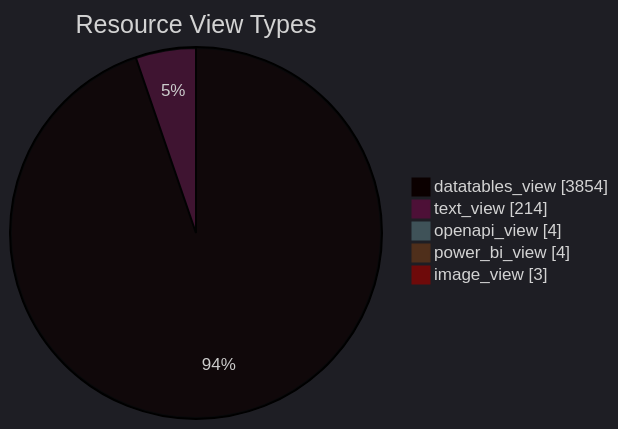
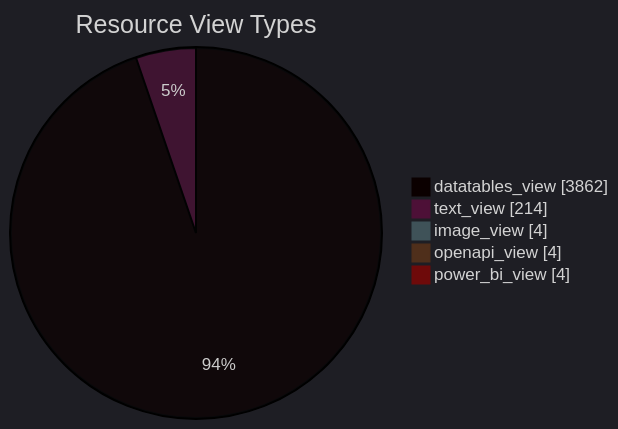
The diagram in datastore_tracker/resource_view_types_pie_chart.md (open-data/analytics-corporate-reporting), drawn with Mermaid before and after one commit. The commit also changed 11 other files, not shown here.

````diff
--- a/datastore_tracker/resource_view_types_pie_chart.md
+++ b/datastore_tracker/resource_view_types_pie_chart.md
@@ -2,12 +2,12 @@
 ```mermaid
 ---
 config:
   theme: dark
 ---
 pie showData title Resource View Types
-    "datatables_view": 3854
+    "datatables_view": 3862
     "text_view": 214
+    "image_view": 4
     "openapi_view": 4
     "power_bi_view": 4
-    "image_view": 3
 ```
````
